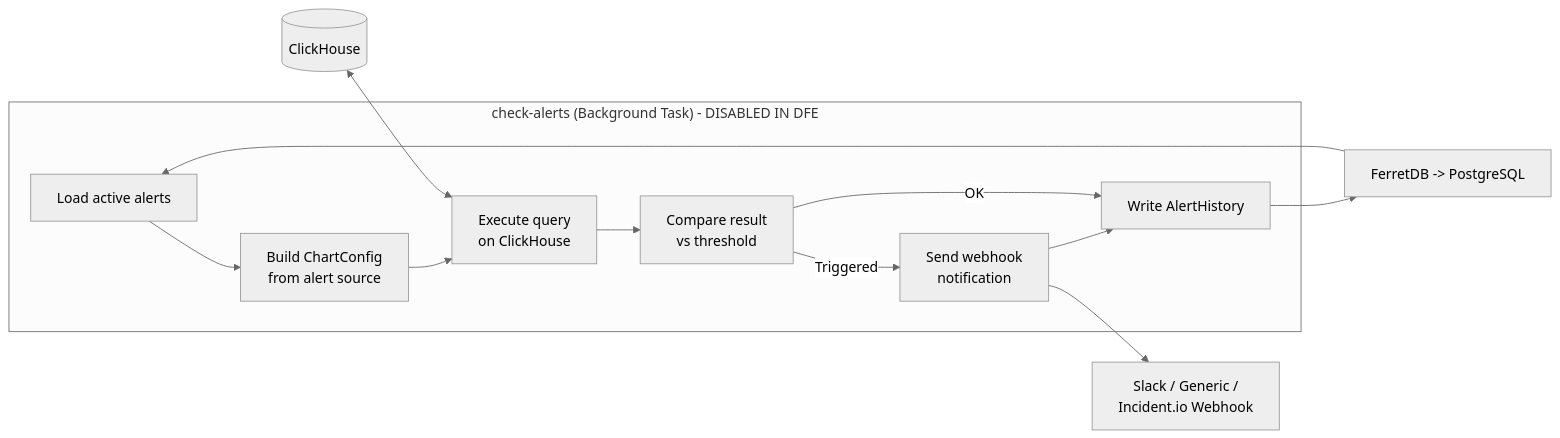
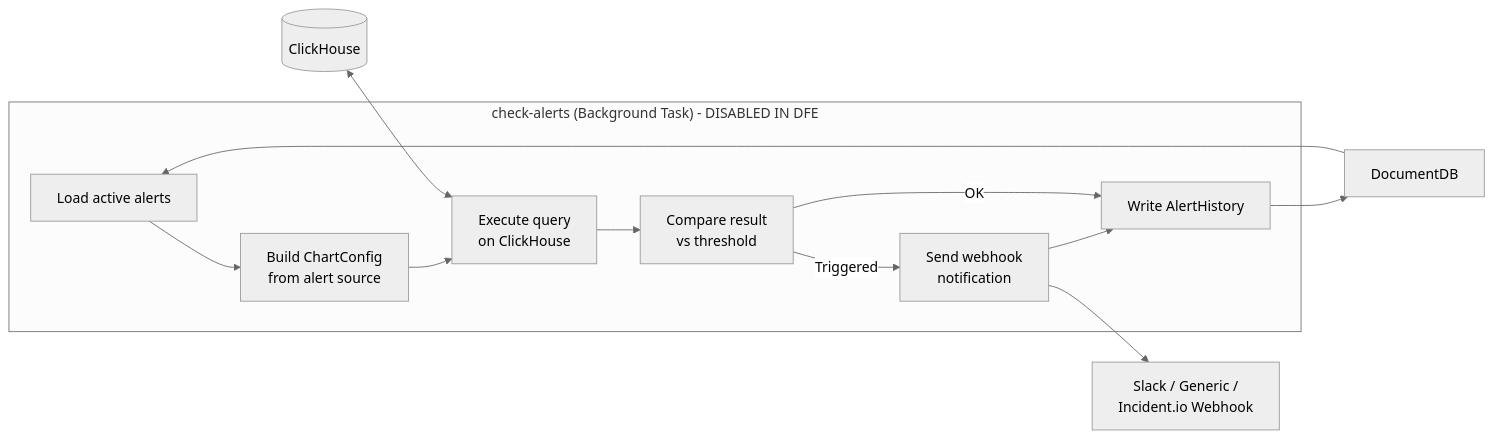
One commit to hyperi-io/dfe-hyperdx changed the third of 3 diagrams in docs/architecture/data-flow.md. Above: the diagram before and after it, drawn with Mermaid (neutral theme). The commit also changed 15 other files, not shown here.

````diff
--- a/docs/architecture/data-flow.md
+++ b/docs/architecture/data-flow.md
@@ -88,20 +88,20 @@
 ```mermaid
 flowchart LR
     subgraph check_alerts_Background_Task_DISABLED_IN_DFE["check-alerts (Background Task) - DISABLED IN DFE"]
         LOAD["Load active alerts"]
         BUILD["Build ChartConfig<br/>from alert source"]
         QUERY["Execute query<br/>on ClickHouse"]
         EVAL["Compare result<br/>vs threshold"]
         FIRE["Send webhook<br/>notification"]
         HIST["Write AlertHistory"]
     end
 
-    DB["FerretDB -> PostgreSQL"] --> LOAD
+    DB["DocumentDB"] --> LOAD
     LOAD --> BUILD --> QUERY
     CH[(ClickHouse)] <--> QUERY
     QUERY --> EVAL
     EVAL -->|Triggered| FIRE --> HIST
     EVAL -->|OK| HIST
     FIRE --> WH["Slack / Generic /<br/>Incident.io Webhook"]
     HIST --> DB
 ```
````
